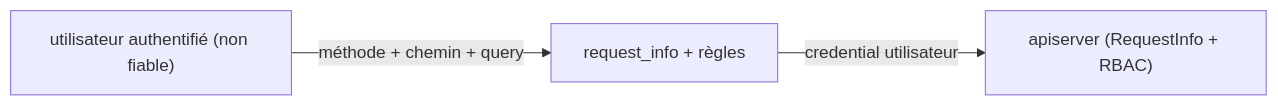
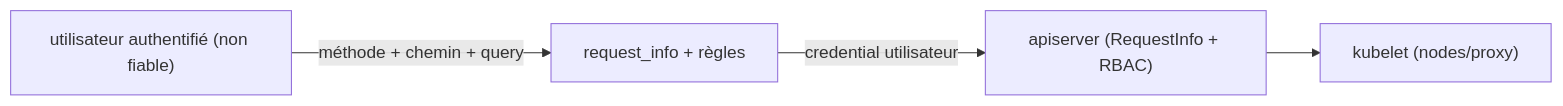
The fourth of 4 diagrams in .rfc/0006-verb-aware-rules.md (batleforc/ProxyAuthK8S), drawn with Mermaid before and after one commit. The commit also changed other lines of this file and 12 other files, not shown here.

````diff
--- a/.rfc/0006-verb-aware-rules.md
+++ b/.rfc/0006-verb-aware-rules.md
@@ -283,5 +374,6 @@
 ```mermaid
 flowchart LR
     U["utilisateur authentifié (non fiable)"] -- "méthode + chemin + query" --> P["request_info + règles"]
     P -- "credential utilisateur" --> A["apiserver (RequestInfo + RBAC)"]
+    A --> KL["kubelet (nodes/proxy)"]
 ```
````
